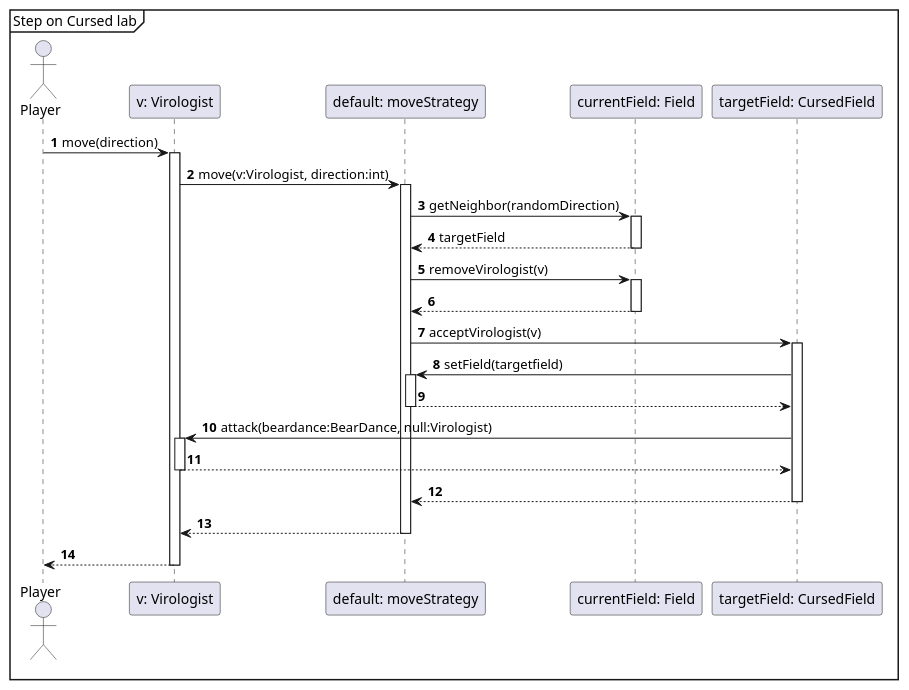
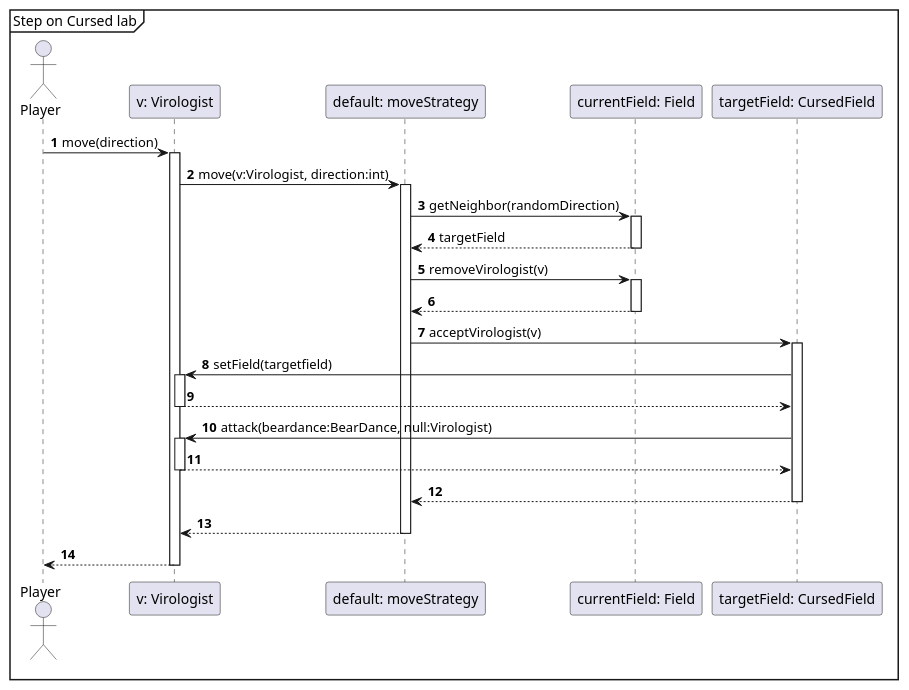
Before and after one commit to Projlab-csb/projlab-virologus: the diagram in Modification_1/mod_1-seq-diagrams/StepOnCursedLab.puml, drawn with PlantUML. The commit also changed 1 other file, not shown here.

Commit message:
Edit class diagram

```diff
--- a/Modification_1/mod_1-seq-diagrams/StepOnCursedLab.puml
+++ b/Modification_1/mod_1-seq-diagrams/StepOnCursedLab.puml
@@ -1,49 +1,49 @@
 @startuml
 'https://plantuml.com/sequence-diagram
 
 autonumber
 
 mainframe Step on Cursed lab
 
 actor Player
 participant "v: Virologist" as Virologist
 participant "default: moveStrategy" as moveStrategy
 participant "currentField: Field" as currentField
 participant "targetField: CursedField" as targetField
 'participant "neighborVirologist:Virologist" as neighborVirologist
 
 
 
 Player -> Virologist: move(direction)
 Activate Virologist
 
 Virologist->moveStrategy++:move(v:Virologist, direction:int)
 
 
 moveStrategy-> currentField: getNeighbor(randomDirection)
 Activate currentField
 currentField --> moveStrategy: targetField
 Deactivate currentField
 
 moveStrategy -> currentField: removeVirologist(v)
 Activate currentField
 currentField --> moveStrategy:
 Deactivate currentField
 
 moveStrategy -> targetField: acceptVirologist(v)
 Activate targetField
-targetField->moveStrategy++: setField(targetfield)
-moveStrategy-->targetField--
+targetField->Virologist++: setField(targetfield)
+Virologist-->targetField--
 targetField->Virologist++:attack(beardance:BearDance, null:Virologist)
 Virologist-->targetField--
 targetField --> moveStrategy--
 
 
 
 Deactivate targetField
 
 
 moveStrategy-->Virologist--
 Virologist --> Player:
 Deactivate Virologist
 @enduml
```
